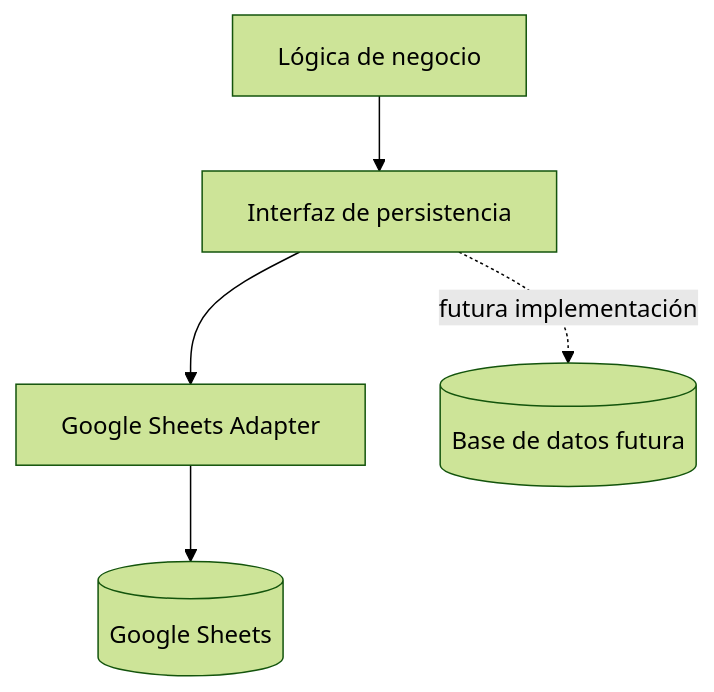
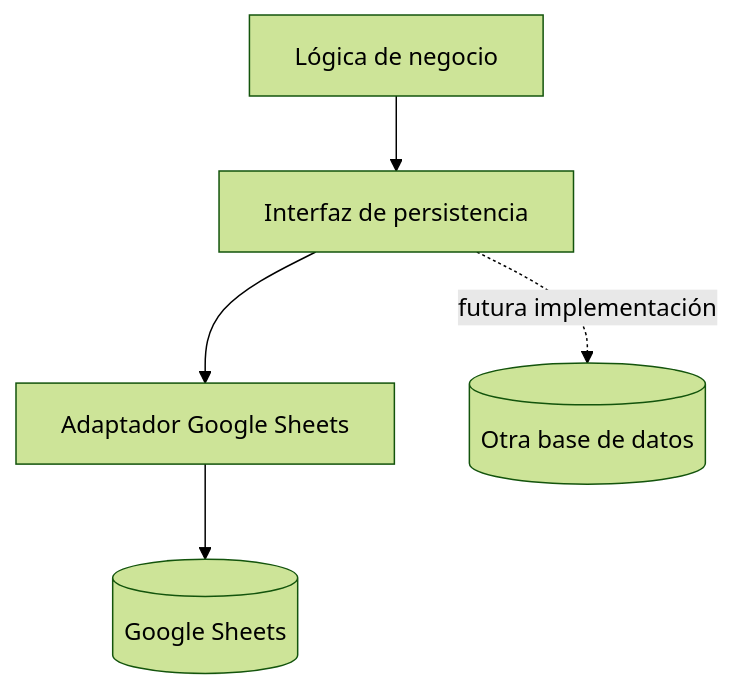
One commit to balderasalberto/eventos-sociales changed the second of 7 diagrams in docs/03-arquitectura.md. Above: the diagram before and after it, drawn with Mermaid (forest theme). The commit also changed other lines of this file, not shown here.

Commit message:
docs: make architecture agent-agnostic

````diff
--- a/docs/03-arquitectura.md
+++ b/docs/03-arquitectura.md
@@ -87,8 +88,8 @@
 ```mermaid
 flowchart TD
     B[Lógica de negocio] --> I[Interfaz de persistencia]
-    I --> G[Google Sheets Adapter]
+    I --> G[Adaptador Google Sheets]
     G --> S[(Google Sheets)]
 
-    I -. futura implementación .-> DB[(Base de datos futura)]
+    I -. futura implementación .-> DB[(Otra base de datos)]
 ```
````
